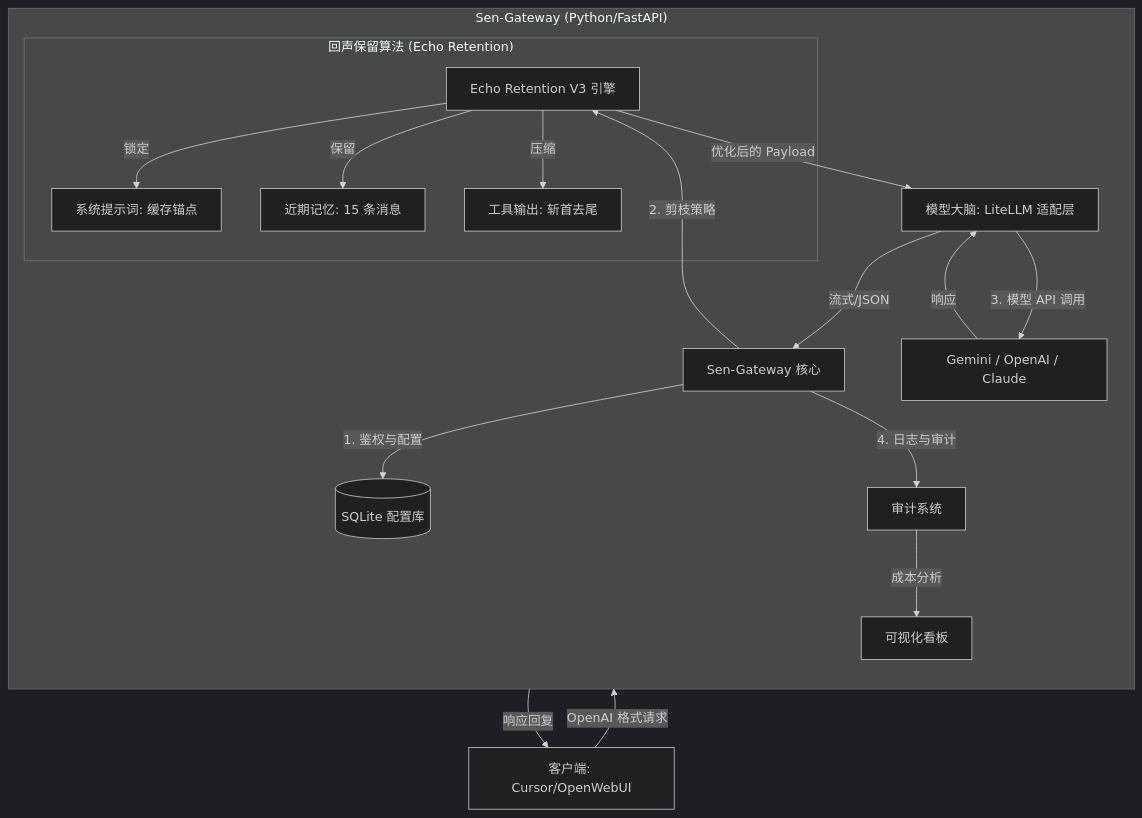
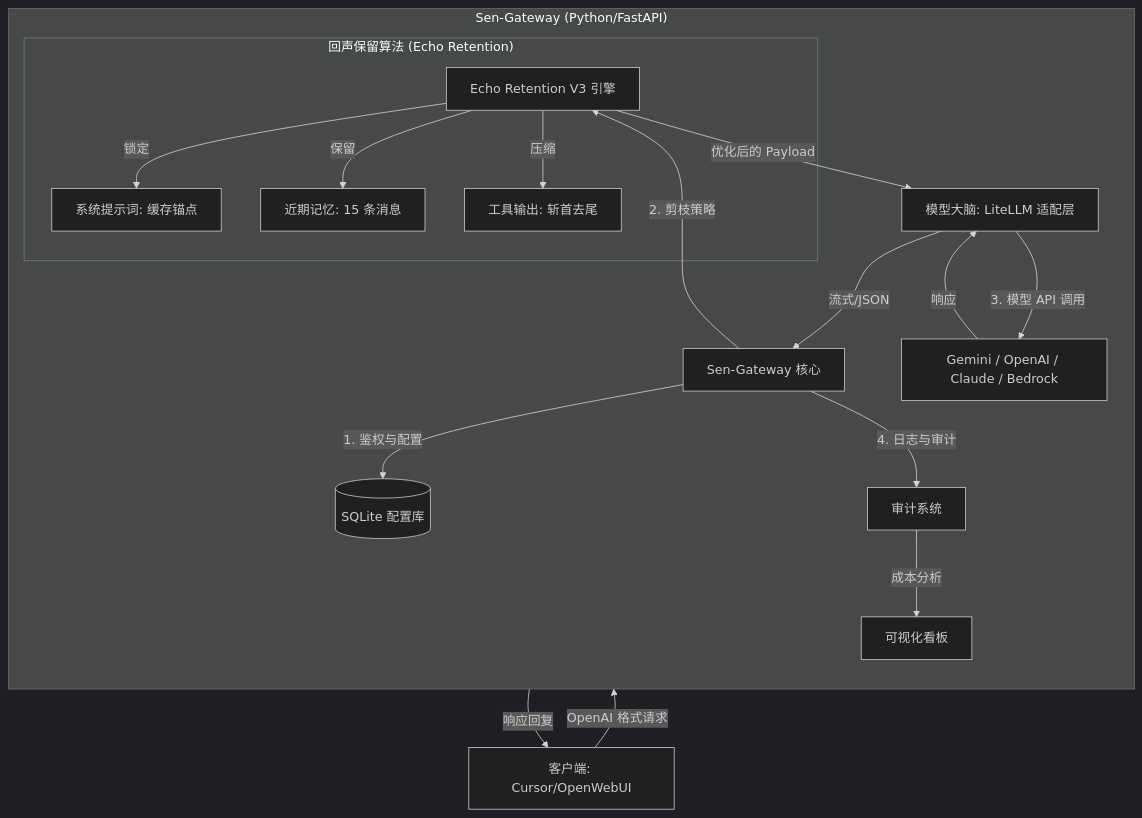
Before and after one commit to oneles/Sen-Gateway: the diagram in README_ZH.md, drawn with Mermaid (dark theme). The commit also changed other lines of this file and 4 other files, not shown here.

````diff
--- a/README_ZH.md
+++ b/README_ZH.md
@@ -27,27 +33,27 @@
 ```mermaid
 graph TD
     UClient[客户端: Cursor/OpenWebUI] -->|OpenAI 格式请求| GCore[Sen-Gateway 核心]
     
     subgraph "Sen-Gateway (Python/FastAPI)"
         direction TB
         GCore -->|1. 鉴权与配置| DCfg[(SQLite 配置库)]
         GCore -->|2. 剪枝策略| PEngine[Echo Retention V3 引擎]
         
         subgraph "回声保留算法 (Echo Retention)"
             PEngine -->|锁定| SPrompt[系统提示词: 缓存锚点]
             PEngine -->|保留| RMsg[近期记忆: 15 条消息]
             PEngine -->|压缩| MContent[工具输出: 斩首去尾]
         end
         
         PEngine -->|优化后的 Payload| BAdapter[模型大脑: LiteLLM 适配层]
-        BAdapter -->|3. 模型 API 调用| LProvider[Gemini / OpenAI / Claude]
+        BAdapter -->|3. 模型 API 调用| LProvider[Gemini / OpenAI / Claude / Bedrock]
         
         LProvider -->|响应| BAdapter
         BAdapter -->|流式/JSON| GCore
         
         GCore -->|4. 日志与审计| ASys[审计系统]
         ASys -->|成本分析| WDashboard[可视化看板]
     end
     
     GCore -->|响应回复| UClient
 ```
````
